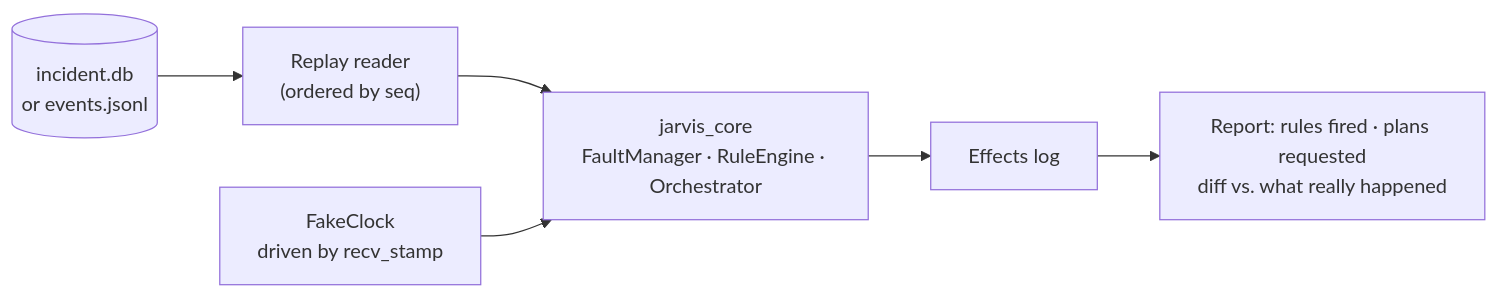
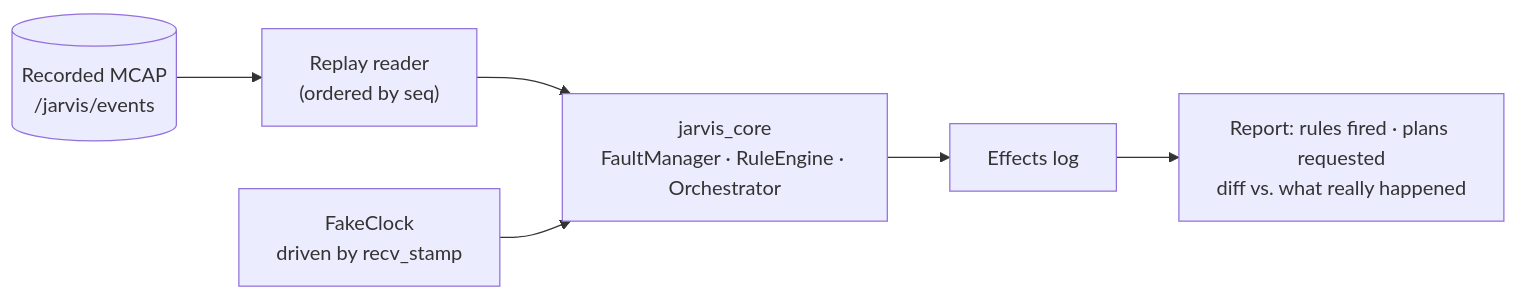
One commit to guilyx/jarvis_ros2 changed the tenth of 10 diagrams in docs/design/04-data-flow.md. Above: the diagram before and after it, drawn with Mermaid. The commit also changed other lines of this file and 20 other files, not shown here.

````diff
--- a/docs/design/04-data-flow.md
+++ b/docs/design/04-data-flow.md
@@ -219,8 +246,8 @@
 ```mermaid
 flowchart LR
-  DB[("incident.db<br/>or events.jsonl")] --> RR["Replay reader<br/>(ordered by seq)"]
+  BAG[("Recorded MCAP<br/>/jarvis/events")] --> RR["Replay reader<br/>(ordered by seq)"]
   RR --> CORE["jarvis_core<br/>FaultManager · RuleEngine · Orchestrator"]
   CK["FakeClock<br/>driven by recv_stamp"] --> CORE
   CORE --> FX["Effects log"]
   FX --> DIFF["Report: rules fired · plans requested<br/>diff vs. what really happened"]
 ```
````
